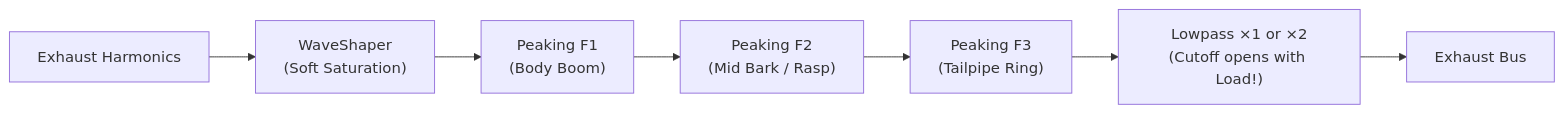
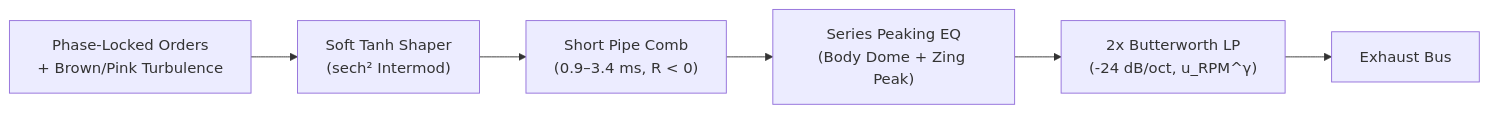
Before and after one commit to marktsui01-art/Parking-: the third of 3 diagrams in docs/chapter_01_tier1_formants_and_drivetrain.md, drawn with Mermaid. The commit also changed other lines of this file and 35 other files, not shown here.

````diff
--- a/docs/chapter_01_tier1_formants_and_drivetrain.md
+++ b/docs/chapter_01_tier1_formants_and_drivetrain.md
@@ -224,9 +298,8 @@
 ```mermaid
 flowchart LR
-    Osc["Exhaust Harmonics"] --> WS["WaveShaper<br/>(Soft Saturation)"]
-    WS --> P1["Peaking F1<br/>(Body Boom)"]
-    P1 --> P2["Peaking F2<br/>(Mid Bark / Rasp)"]
-    P2 --> P3["Peaking F3<br/>(Tailpipe Ring)"]
-    P3 --> LP1["Lowpass ×1 or ×2<br/>(Cutoff opens with Load!)"]
-    LP1 --> Out["Exhaust Bus"]
+    Src["Phase-Locked Orders<br/>+ Brown/Pink Turbulence"] --> WS["Soft Tanh Shaper<br/>(sech² Intermod)"]
+    WS --> DL["Short Pipe Comb<br/>(0.9–3.4 ms, R < 0)"]
+    DL --> EQ["Series Peaking EQ<br/>(Body Dome + Zing Peak)"]
+    EQ --> LP["2x Butterworth LP<br/>(-24 dB/oct, u_RPM^γ)"]
+    LP --> Out["Exhaust Bus"]
 ```
````
